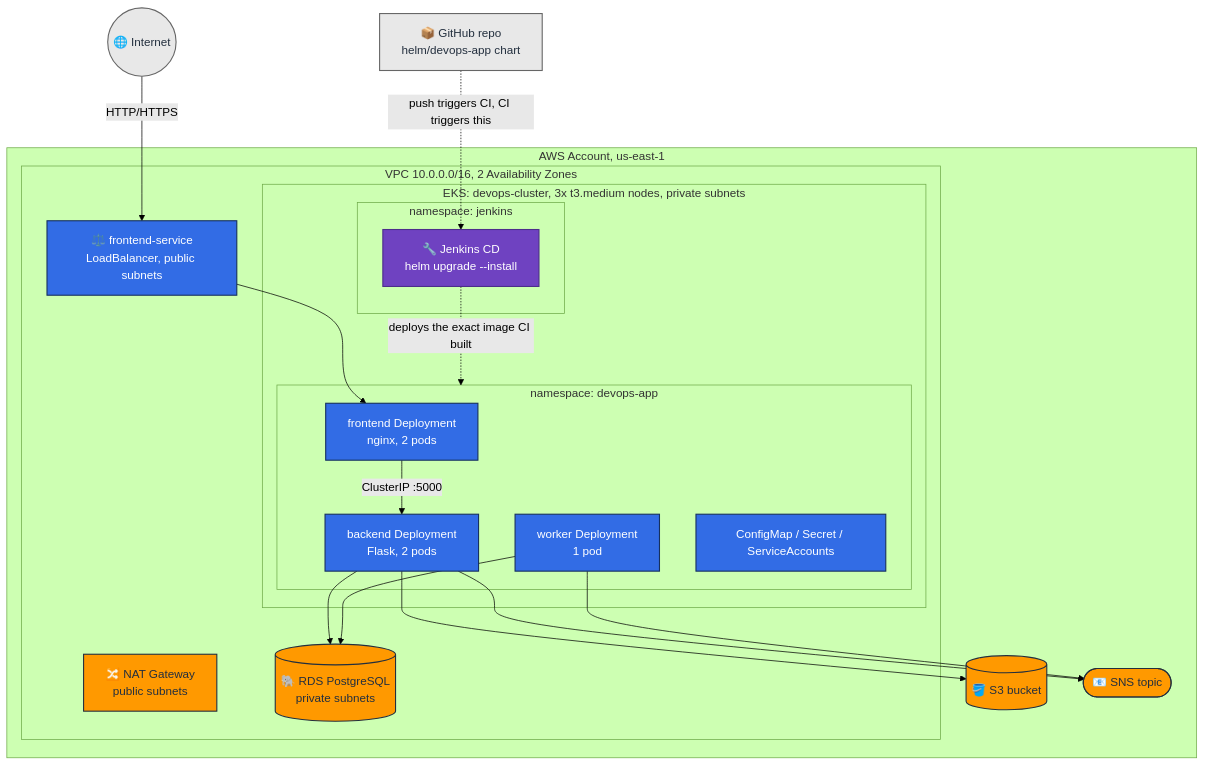
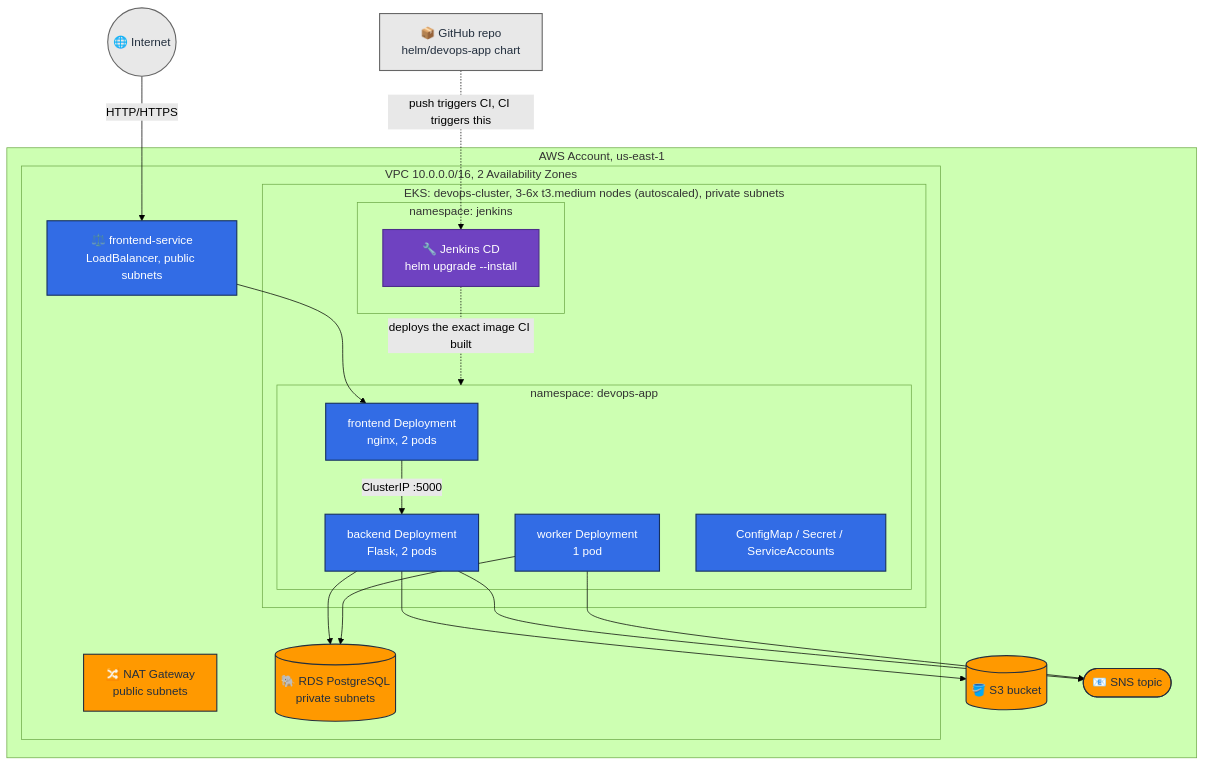
The diagram in README.md (MaxTsyganov/Running_Devops_Project), drawn with Mermaid (forest theme) before and after one commit. The commit also changed other lines of this file and 2 other files, not shown here.

````diff
--- a/README.md
+++ b/README.md
@@ -553,50 +555,50 @@
 ```mermaid
 flowchart TB
     Internet(("🌐 Internet"))
     GH["📦 GitHub repo<br/>helm/devops-app chart"]
 
     subgraph AWS["AWS Account, us-east-1"]
         subgraph VPC["VPC 10.0.0.0/16, 2 Availability Zones"]
             LB["⚖️ frontend-service<br/>LoadBalancer, public subnets"]
             NAT["🔀 NAT Gateway<br/>public subnets"]
 
-            subgraph EKS["EKS: devops-cluster, 3x t3.medium nodes, private subnets"]
+            subgraph EKS["EKS: devops-cluster, 3-6x t3.medium nodes (autoscaled), private subnets"]
                 subgraph NsJenkins["namespace: jenkins"]
                     CD["🔧 Jenkins CD<br/>helm upgrade --install"]
                 end
                 subgraph NsApp["namespace: devops-app"]
                     FE["frontend Deployment<br/>nginx, 2 pods"]
                     BE["backend Deployment<br/>Flask, 2 pods"]
                     WK["worker Deployment<br/>1 pod"]
                     CFG["ConfigMap / Secret / ServiceAccounts"]
                 end
             end
 
             RDS[("🐘 RDS PostgreSQL<br/>private subnets")]
         end
 
         S3[("🪣 S3 bucket")]
         SNS(["📧 SNS topic"])
     end
 
     Internet -- HTTP/HTTPS --> LB
     LB --> FE
     FE -- "ClusterIP :5000" --> BE
     BE --> RDS
     BE --> S3
     BE --> SNS
     WK --> RDS
     WK --> SNS
     GH -. push triggers CI, CI triggers this .-> CD
     CD -. deploys the exact image CI built .-> NsApp
 
     classDef aws fill:#FF9900,stroke:#232F3E,color:#232F3E,stroke-width:1.5px
     classDef k8s fill:#326CE5,stroke:#16305e,color:#ffffff,stroke-width:1.5px
     classDef tooling fill:#6f42c1,stroke:#4c2d8a,color:#ffffff,stroke-width:1.5px
     classDef external fill:#e8e8e8,stroke:#666666,color:#232F3E,stroke-width:1.5px
 
     class RDS,S3,SNS,NAT aws
     class FE,BE,WK,CFG,LB k8s
     class CD tooling
     class Internet,GH external
 ```
````
